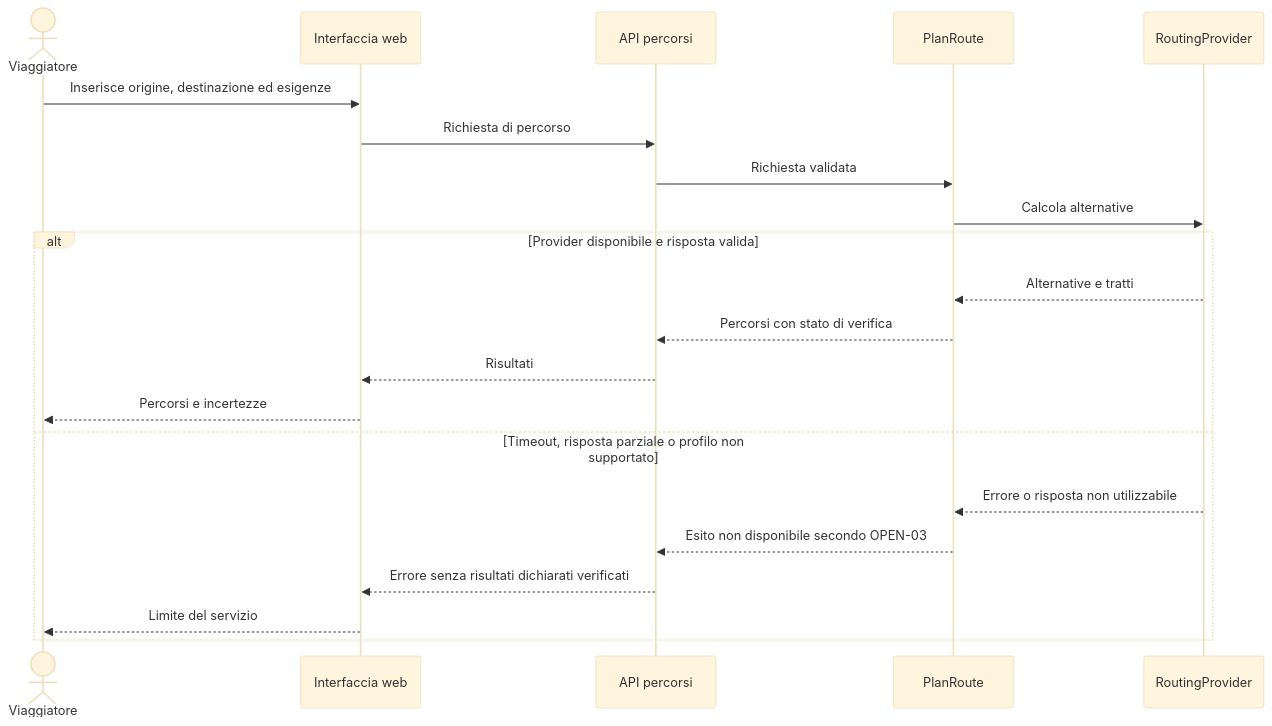
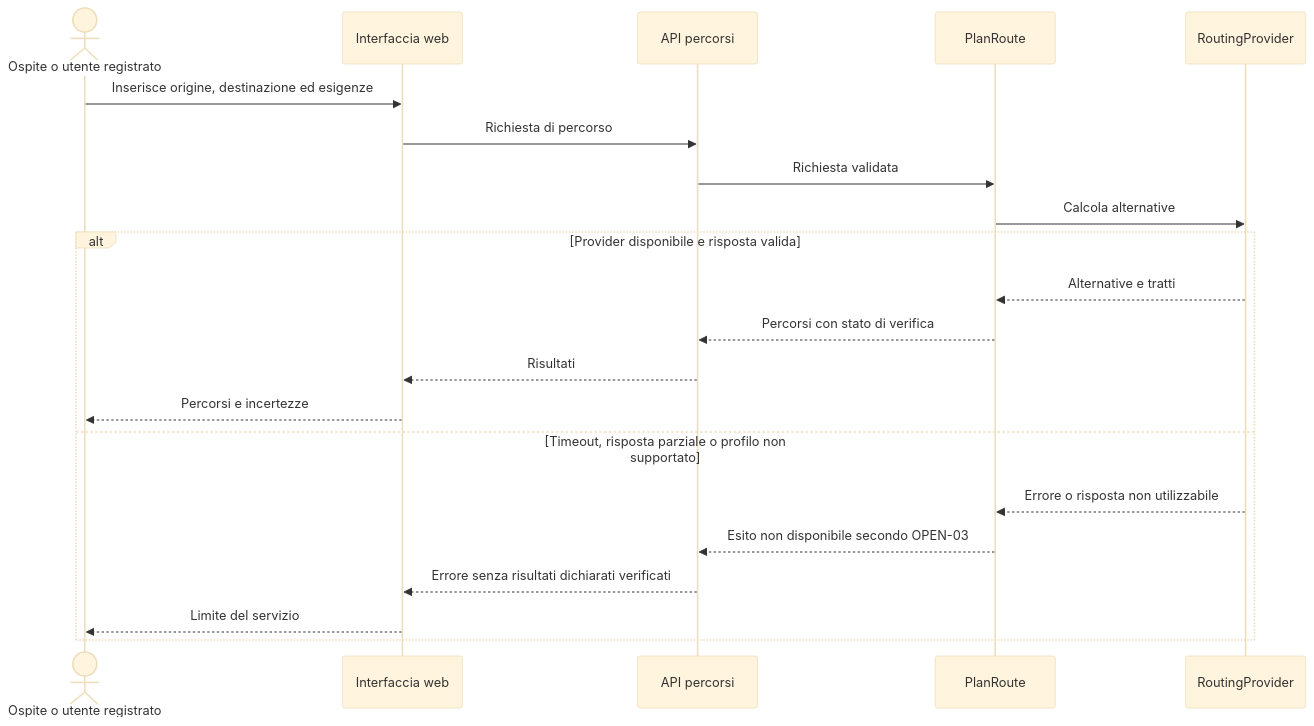
The third of 9 diagrams in docs/RAD.md (andreaplini/aegis), drawn with Mermaid (base theme) before and after one commit. The commit also changed other lines of this file and 5 other files, not shown here.

````diff
--- a/docs/RAD.md
+++ b/docs/RAD.md
@@ -489,24 +485,24 @@
 ```mermaid
 sequenceDiagram
-  accDescr: Il viaggiatore invia la richiesta e riceve percorsi con l'incertezza evidenziata.
-  actor V as Viaggiatore
+  accDescr: L'ospite o l'utente registrato invia la richiesta e riceve percorsi con l'incertezza evidenziata.
+  actor U as Ospite o utente registrato
   participant UI as Interfaccia web
   participant API as API percorsi
   participant UC as PlanRoute
   participant RP as RoutingProvider
-  V->>UI: Inserisce origine, destinazione ed esigenze
+  U->>UI: Inserisce origine, destinazione ed esigenze
   UI->>API: Richiesta di percorso
   API->>UC: Richiesta validata
   UC->>RP: Calcola alternative
   alt Provider disponibile e risposta valida
     RP-->>UC: Alternative e tratti
     UC-->>API: Percorsi con stato di verifica
     API-->>UI: Risultati
-    UI-->>V: Percorsi e incertezze
+    UI-->>U: Percorsi e incertezze
   else Timeout, risposta parziale o profilo non supportato
     RP-->>UC: Errore o risposta non utilizzabile
     UC-->>API: Esito non disponibile secondo OPEN-03
     API-->>UI: Errore senza risultati dichiarati verificati
-    UI-->>V: Limite del servizio
+    UI-->>U: Limite del servizio
   end
 ```
````
